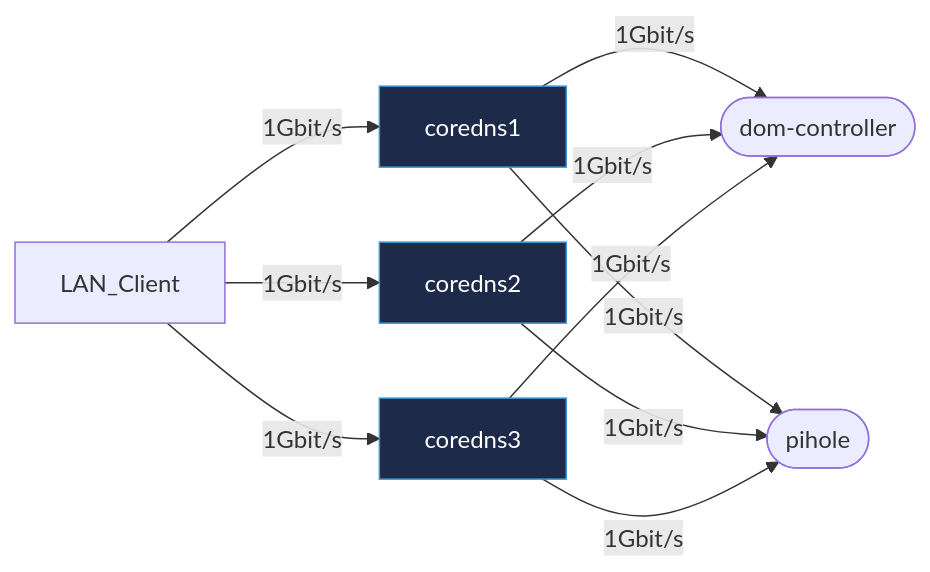
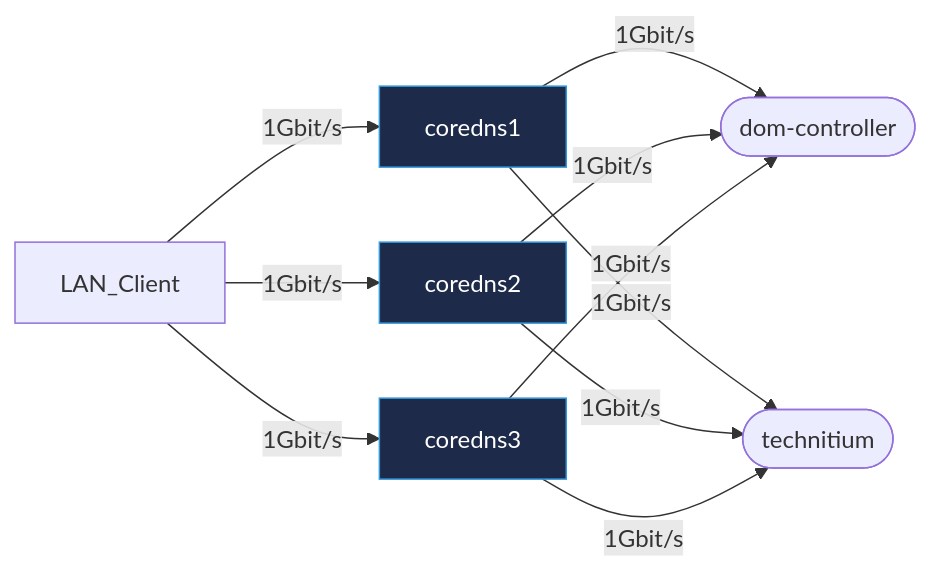
One commit to hupratt/kubespray changed the second of 2 diagrams in README.md. Above: the diagram before and after it, drawn with Mermaid. The commit also changed other lines of this file and 1 other file, not shown here.

````diff
--- a/README.md
+++ b/README.md
@@ -219,20 +220,20 @@
 ```mermaid
 flowchart LR
     classDef gateway fill:#163a1e,stroke:#27ae60,color:#fff
     classDef switch fill:#1e2a4a,stroke:#3498db,color:#fff
     classDef compute fill:#4a1e3a,stroke:#e74c3c,color:#fff
     classDef storage fill:#3a2a1e,stroke:#f39c12,color:#fff
     classDef ap fill:#1e3a2a,stroke:#2ecc71,color:#fff
 
     LAN_Client -- 1Gbit/s --> c1["coredns1"]:::switch
     LAN_Client -- 1Gbit/s --> c2["coredns2"]:::switch
     LAN_Client -- 1Gbit/s --> c3["coredns3"]:::switch
 
     c1 -- 1Gbit/s --> dom-controller(["dom-controller"]):::server
-    c1 -- 1Gbit/s --> pihole(["pihole"]):::server
+    c1 -- 1Gbit/s --> technitium(["technitium"]):::server
     c2 -- 1Gbit/s --> dom-controller(["dom-controller"]):::server
-    c2 -- 1Gbit/s --> pihole(["pihole"]):::server
+    c2 -- 1Gbit/s --> technitium(["technitium"]):::server
     c3 -- 1Gbit/s --> dom-controller(["dom-controller"]):::server
-    c3 -- 1Gbit/s --> pihole(["pihole"]):::server
+    c3 -- 1Gbit/s --> technitium(["technitium"]):::server
 
 ```
````
